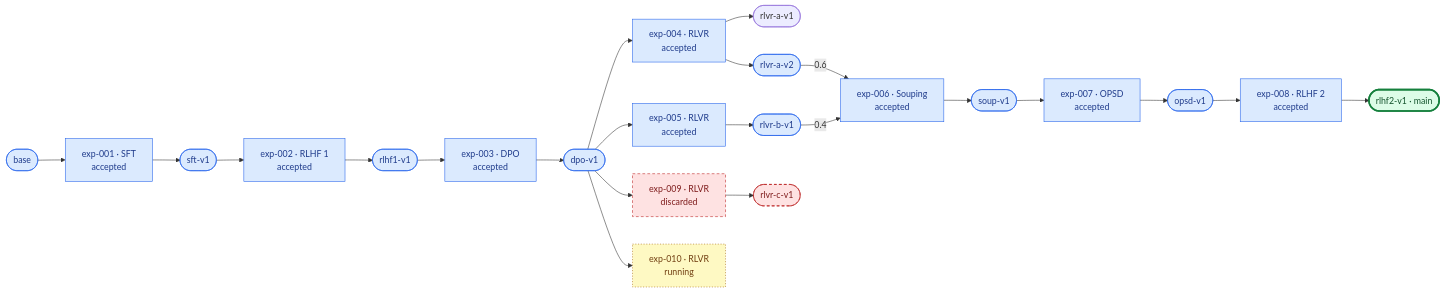
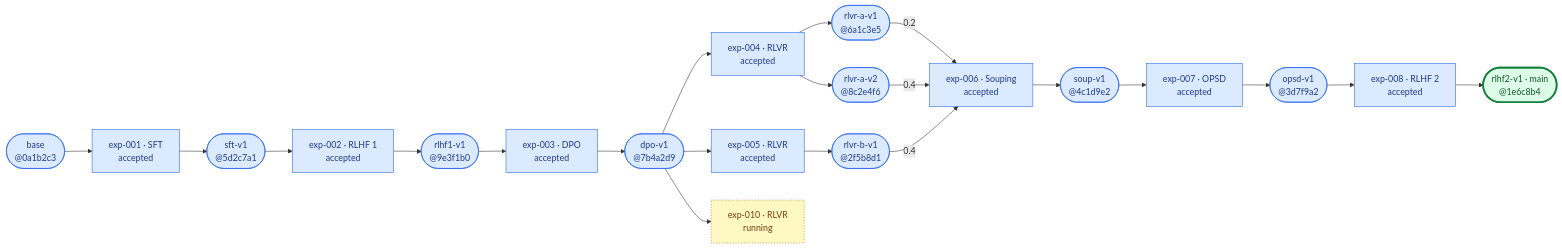
One commit to alobo01/lightweight-model-version-control changed the diagram in LINEAGE.md. Above: the diagram before and after it, drawn with Mermaid. The commit also changed other lines of this file and 17 other files, not shown here.

````diff
--- a/LINEAGE.md
+++ b/LINEAGE.md
@@ -7,53 +7,48 @@
 ```mermaid
 flowchart LR
-  base(["base"])
+  base(["base<br/>@0a1b2c3"])
   exp_001["exp-001 · SFT<br/>accepted"]
   base --> exp_001
-  sft_v1(["sft-v1"])
+  sft_v1(["sft-v1<br/>@5d2c7a1"])
   exp_001 --> sft_v1
   exp_002["exp-002 · RLHF 1<br/>accepted"]
   sft_v1 --> exp_002
-  rlhf1_v1(["rlhf1-v1"])
+  rlhf1_v1(["rlhf1-v1<br/>@9e3f1b0"])
   exp_002 --> rlhf1_v1
   exp_003["exp-003 · DPO<br/>accepted"]
   rlhf1_v1 --> exp_003
-  dpo_v1(["dpo-v1"])
+  dpo_v1(["dpo-v1<br/>@7b4a2d9"])
   exp_003 --> dpo_v1
   exp_004["exp-004 · RLVR<br/>accepted"]
   dpo_v1 --> exp_004
-  rlvr_a_v1(["rlvr-a-v1"])
+  rlvr_a_v1(["rlvr-a-v1<br/>@6a1c3e5"])
   exp_004 --> rlvr_a_v1
-  rlvr_a_v2(["rlvr-a-v2"])
+  rlvr_a_v2(["rlvr-a-v2<br/>@8c2e4f6"])
   exp_004 --> rlvr_a_v2
   exp_005["exp-005 · RLVR<br/>accepted"]
   dpo_v1 --> exp_005
-  rlvr_b_v1(["rlvr-b-v1"])
+  rlvr_b_v1(["rlvr-b-v1<br/>@2f5b8d1"])
   exp_005 --> rlvr_b_v1
   exp_006["exp-006 · Souping<br/>accepted"]
-  rlvr_a_v2 -->|0.6| exp_006
+  rlvr_a_v1 -->|0.2| exp_006
+  rlvr_a_v2 -->|0.4| exp_006
   rlvr_b_v1 -->|0.4| exp_006
-  soup_v1(["soup-v1"])
+  soup_v1(["soup-v1<br/>@4c1d9e2"])
   exp_006 --> soup_v1
   exp_007["exp-007 · OPSD<br/>accepted"]
   soup_v1 --> exp_007
-  opsd_v1(["opsd-v1"])
+  opsd_v1(["opsd-v1<br/>@3d7f9a2"])
   exp_007 --> opsd_v1
   exp_008["exp-008 · RLHF 2<br/>accepted"]
   opsd_v1 --> exp_008
-  rlhf2_v1(["rlhf2-v1 · main"])
+  rlhf2_v1(["rlhf2-v1 · main<br/>@1e6c8b4"])
   exp_008 --> rlhf2_v1
-  exp_009["exp-009 · RLVR<br/>discarded"]
-  dpo_v1 --> exp_009
-  rlvr_c_v1(["rlvr-c-v1"])
-  exp_009 --> rlvr_c_v1
   exp_010["exp-010 · RLVR<br/>running"]
   dpo_v1 --> exp_010
   classDef lineage fill:#dbeafe,stroke:#2563eb,color:#1e3a8a
   classDef main fill:#dcfce7,stroke:#15803d,color:#14532d,stroke-width:3px
-  classDef discarded fill:#fee2e2,stroke:#b91c1c,color:#7f1d1d,stroke-dasharray:5 4
   classDef progress fill:#fef9c3,stroke:#a16207,color:#713f12,stroke-dasharray:2 3
-  class base,exp_001,sft_v1,exp_002,rlhf1_v1,exp_003,dpo_v1,exp_004,rlvr_a_v2,exp_005,rlvr_b_v1,exp_006,soup_v1,exp_007,opsd_v1,exp_008 lineage
-  class exp_009,rlvr_c_v1 discarded
+  class base,exp_001,sft_v1,exp_002,rlhf1_v1,exp_003,dpo_v1,exp_004,rlvr_a_v1,rlvr_a_v2,exp_005,rlvr_b_v1,exp_006,soup_v1,exp_007,opsd_v1,exp_008 lineage
   class exp_010 progress
   class rlhf2_v1 main
 ```
````
